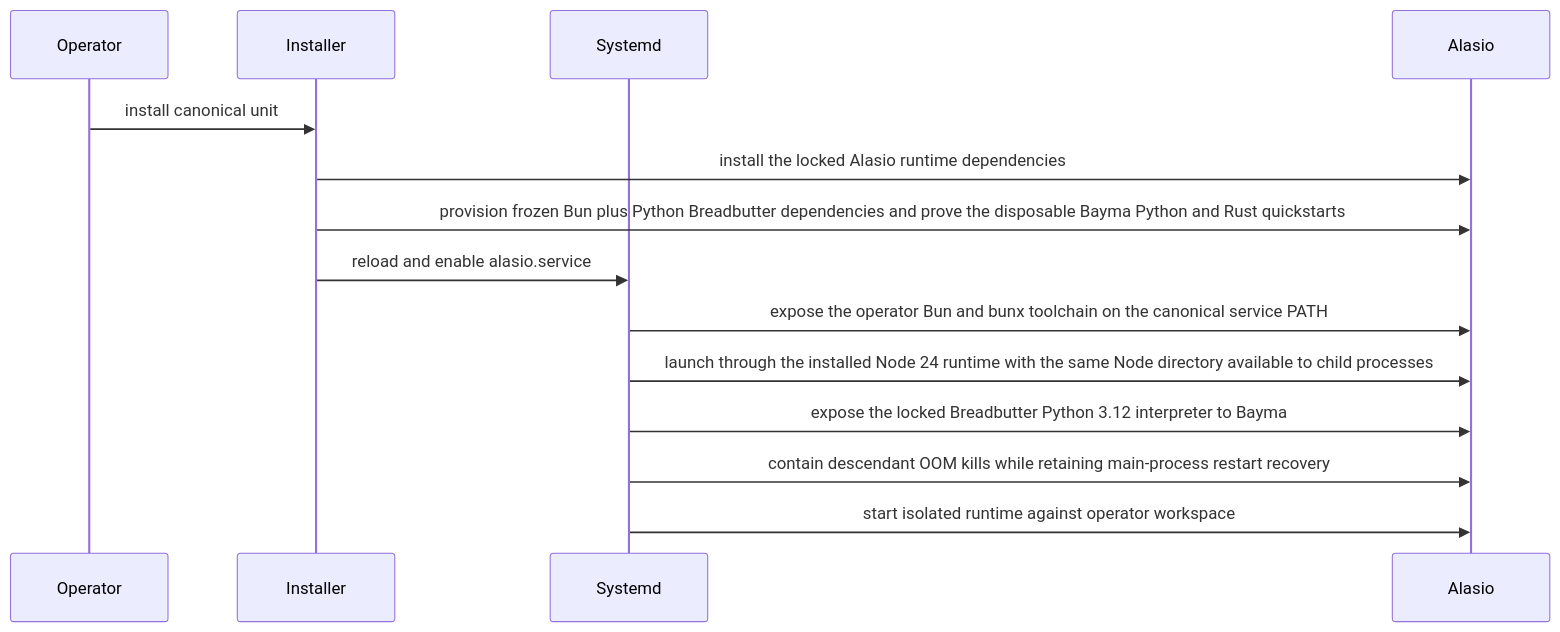
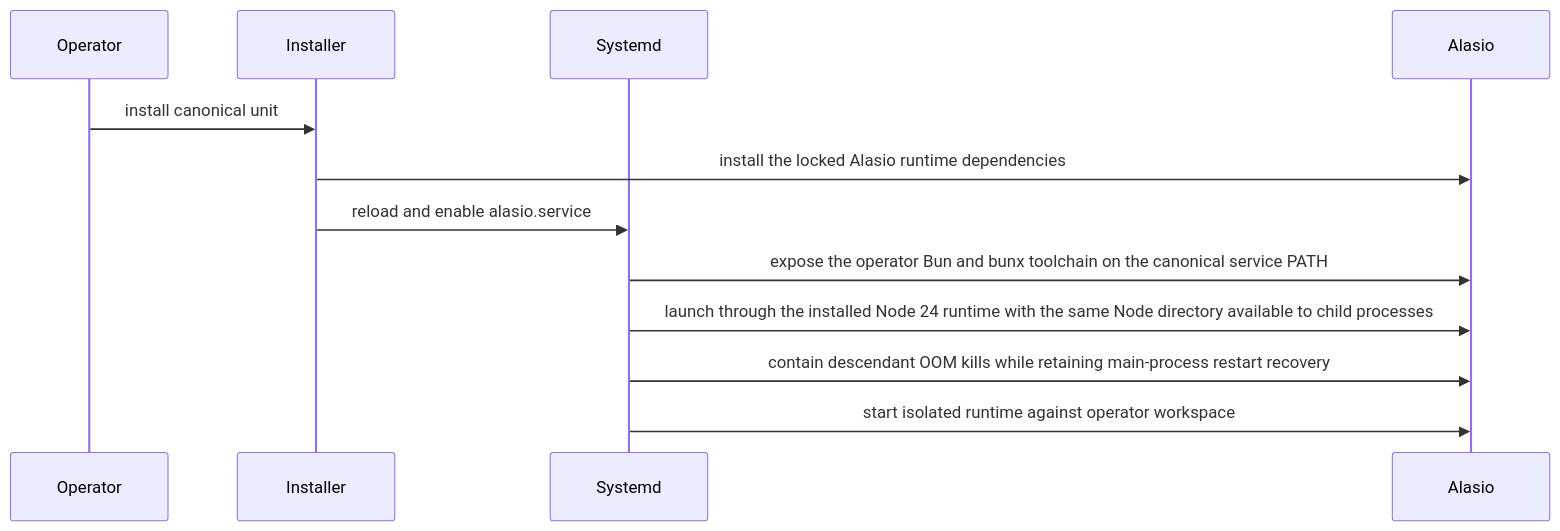
The second of 3 diagrams in systemd/README.md (eaucoin/alasio), drawn with Mermaid before and after one commit. The commit also changed other lines of this file and 29 other files, not shown here.

````diff
--- a/systemd/README.md
+++ b/systemd/README.md
@@ -23,16 +20,14 @@
 ```mermaid
 sequenceDiagram
   participant Operator
   participant Installer
   participant Systemd
   participant Alasio
   Operator->>Installer: install canonical unit
   Installer->>Alasio: install the locked Alasio runtime dependencies
-  Installer->>Alasio: provision frozen Bun plus Python Breadbutter dependencies and prove the disposable Bayma Python and Rust quickstarts
   Installer->>Systemd: reload and enable alasio.service
   Systemd->>Alasio: expose the operator Bun and bunx toolchain on the canonical service PATH
   Systemd->>Alasio: launch through the installed Node 24 runtime with the same Node directory available to child processes
-  Systemd->>Alasio: expose the locked Breadbutter Python 3.12 interpreter to Bayma
   Systemd->>Alasio: contain descendant OOM kills while retaining main-process restart recovery
   Systemd->>Alasio: start isolated runtime against operator workspace
 ```
````
